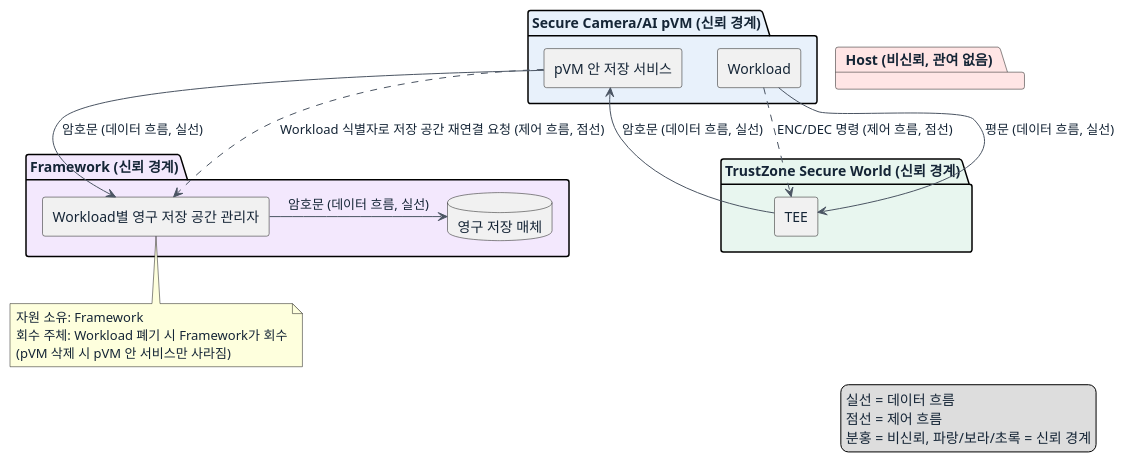
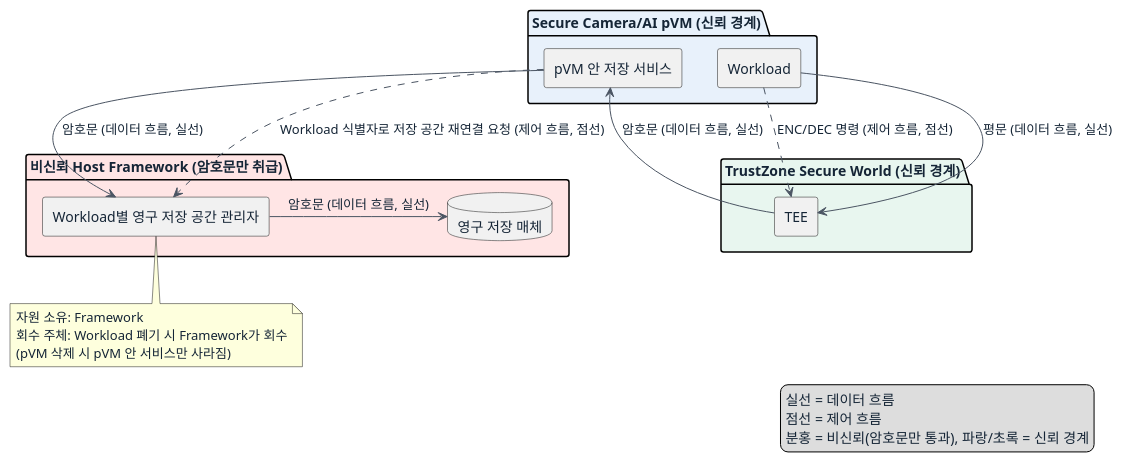
The second of 2 diagrams in docs-dp/DP-06.md (boram1288/test-p), drawn with PlantUML before and after one commit. The commit also changed other lines of this file and 13 other files, not shown here.

Commit message:
Document all architecture decision points

````diff
--- a/docs-dp/DP-06.md
+++ b/docs-dp/DP-06.md
@@ -94,45 +94,42 @@
 ```plantuml
 @startuml
 skinparam shadowing false
 skinparam componentStyle rectangle
 skinparam ArrowColor #4B5563
 skinparam defaultFontColor #152536
 
-package "Host (비신뢰, 관여 없음)" #FFE5E5 {
-}
-
-package "Framework (신뢰 경계)" #F3E8FD {
+package "비신뢰 Host Framework (암호문만 취급)" #FFE5E5 {
   [Workload별 영구 저장 공간 관리자] as FWStore
   database "영구 저장 매체" as Disk
 }
 
 package "Secure Camera/AI pVM (신뢰 경계)" #E8F1FB {
   [Workload] as WL
   [pVM 안 저장 서비스] as PVMSvc
 }
 
 package "TrustZone Secure World (신뢰 경계)" #E8F6EF {
   [TEE] as TEE
 }
 
 WL -down-> TEE : 평문 (데이터 흐름, 실선)
 TEE -down-> PVMSvc : 암호문 (데이터 흐름, 실선)
 PVMSvc -right-> FWStore : 암호문 (데이터 흐름, 실선)
 FWStore -right-> Disk : 암호문 (데이터 흐름, 실선)
 
 WL ..> TEE : ENC/DEC 명령 (제어 흐름, 점선)
 PVMSvc ..> FWStore : Workload 식별자로 저장 공간 재연결 요청 (제어 흐름, 점선)
 
 note bottom of FWStore
   자원 소유: Framework
   회수 주체: Workload 폐기 시 Framework가 회수
   (pVM 삭제 시 pVM 안 서비스만 사라짐)
 end note
 
 legend right
   실선 = 데이터 흐름
   점선 = 제어 흐름
-  분홍 = 비신뢰, 파랑/보라/초록 = 신뢰 경계
+  분홍 = 비신뢰(암호문만 통과), 파랑/초록 = 신뢰 경계
 endlegend
 @enduml
 ```
````
